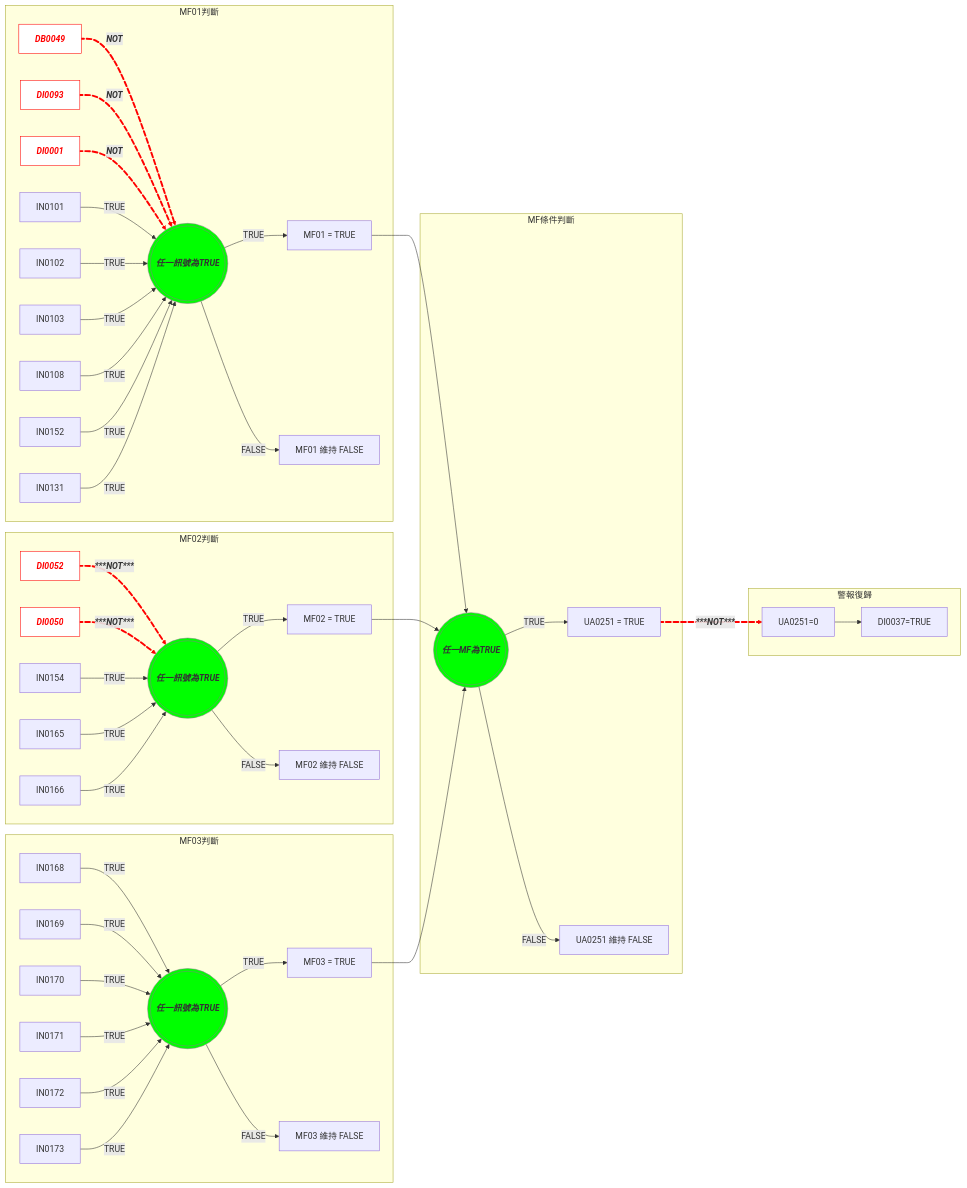
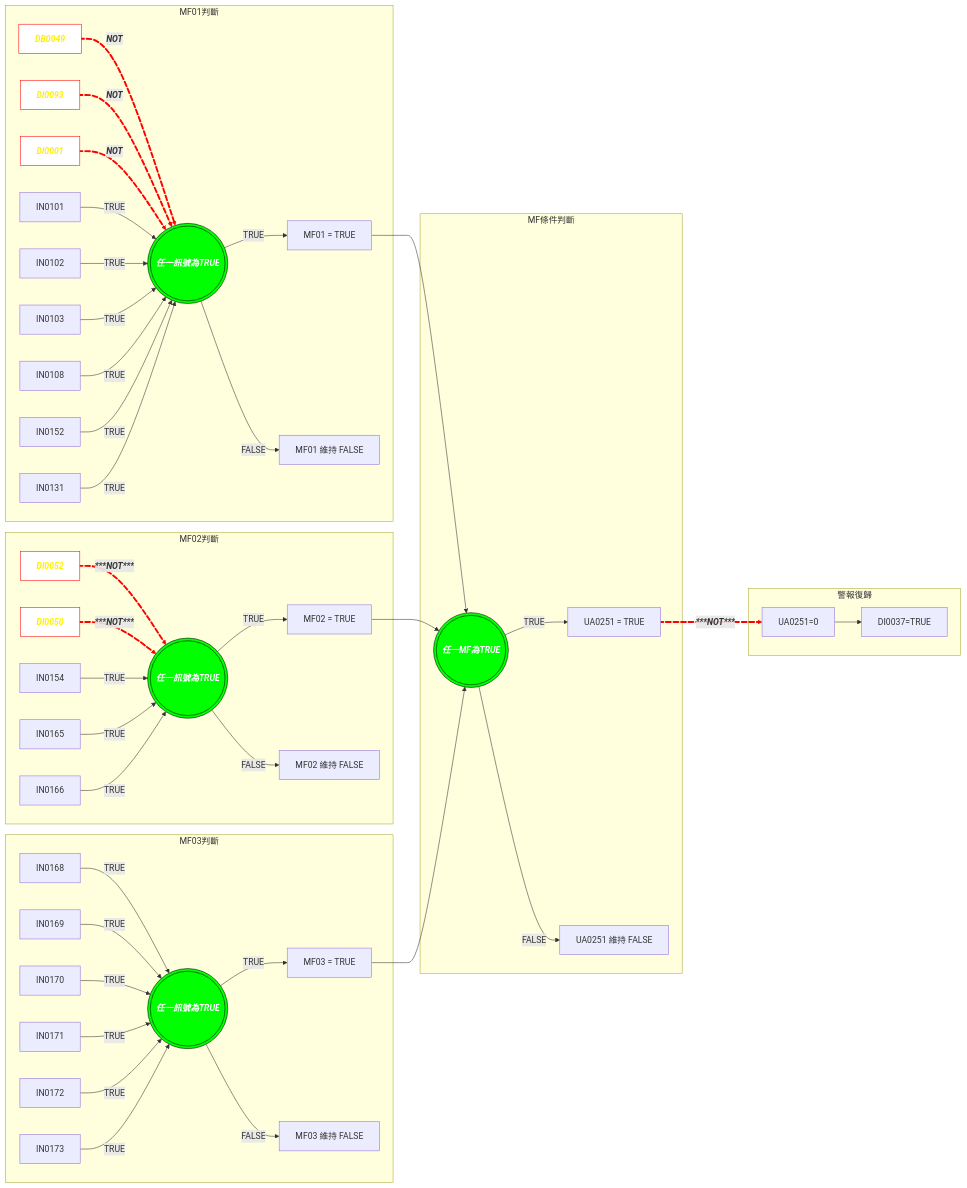
Before and after one commit to HachiTsai/DCS-learning: the first of 4 diagrams in docs/DCS/Hitachi/Control-logic-mermaid.md, drawn with Mermaid. The commit also changed other lines of this file and 4 other files, not shown here.

Commit message:
mermaid settings fixed

````diff
--- a/docs/DCS/Hitachi/Control-logic-mermaid.md
+++ b/docs/DCS/Hitachi/Control-logic-mermaid.md
@@ -5,72 +5,73 @@
 ```mermaid
 flowchart LR
-  classDef GreenBold fill:#0f0,stroke:gray,font-weight:bold,font-style:italic
+classDef redBold fill:#fff,stroke:red, font-weight:bold,font-style:italic, color: #fff000
+classDef GreenBold fill:#0f0,stroke:black,font-weight:bold,font-style:italic, color:#fff
     subgraph MF01判斷
         A1[DB0049]  z1@==>|NOT| C1(((任一訊號為TRUE)))
         B1[DI0093] z2@==>|NOT| C1
-        D1[DI0001] z3@==>|NOT| C1
-        linkStyle 0,1,2 stroke:red,font-style:italic, font-weight:bold
-        
+        D1[DI0001] z3@==>|NOT| C1 
+        linkStyle 0,1,2 stroke:red,font-style:italic, font-weight:bold, label-color:red
+
         G1[IN0101] -->|TRUE| C1
         H1[IN0102] -->|TRUE| C1
         I1[IN0103] -->|TRUE| C1
         L1[IN0108] -->|TRUE| C1
         J1[IN0152] -->|TRUE| C1
         K1[IN0131] -->|TRUE| C1
         C1 -->|TRUE| E1[MF01 = TRUE]
         C1 -->|FALSE| F1[MF01 維持 FALSE]
+        
         z1@{ animate: true}
         z2@{ animate: true}
         z3@{ animate: true}
-        classDef redBold fill:#fff,stroke:blue,font-weight:bold,font-style:italic
-        class A1,B1,D1 redBold
-        class C1 GreenBold
+
+         class A1,B1,D1 redBold
+         class C1 GreenBold
     end
 
     subgraph MF02判斷
         A2[DI0052] z11@==>|***NOT***| C2     
         B2[DI0050] z12@==>|***NOT***| C2
         linkStyle 11,12 stroke:red,font-style:italic, font-weight:bold
         
         G2[IN0154] -->|TRUE| C2
         H2[IN0165] -->|TRUE| C2
         I2[IN0166] -->|TRUE| C2
         C2(((任一訊號為TRUE))) -->|TRUE| E2[MF02 = TRUE]
         C2 -->|FALSE| F2[MF02 維持 FALSE]
         z11@{ animate: true}
         z12@{ animate: true}
         class C2 GreenBold
 
-        classDef redBold fill:#fff,stroke:#f00,color:#f00,font-weight:bold,font-style:italic
         class A2,B2 redBold
     end
 
     subgraph MF03判斷
         A3[IN0168] -->|TRUE| C3
         B3[IN0169] -->|TRUE| C3
         D3[IN0170] -->|TRUE| C3
         G3[IN0171] -->|TRUE| C3
         H3[IN0172] -->|TRUE| C3
         I3[IN0173] -->|TRUE| C3
         C3(((任一訊號為TRUE))) -->|TRUE| E3[MF03 = TRUE]
         C3 -->|FALSE| F3[MF03 維持 FALSE]
         class C3 GreenBold
     end
 
     subgraph MF條件判斷
         E1 --> C4(((任一MF為TRUE)))
         E2 --> C4
         E3 --> C4
         C4 -->|TRUE| K4[UA0251 = TRUE]
         C4 -->|FALSE| K5[UA0251 維持 FALSE]
         class C4 GreenBold
     end
 
     subgraph 警報復歸
         K4 z31@==>|***NOT***| B4[UA0251=0]
         B4 --> B10[DI0037=TRUE]
         z31@{ animate: true}
         
         linkStyle 31 stroke:red,font-style:italic, font-weight:bold 
     end
 ```
````
